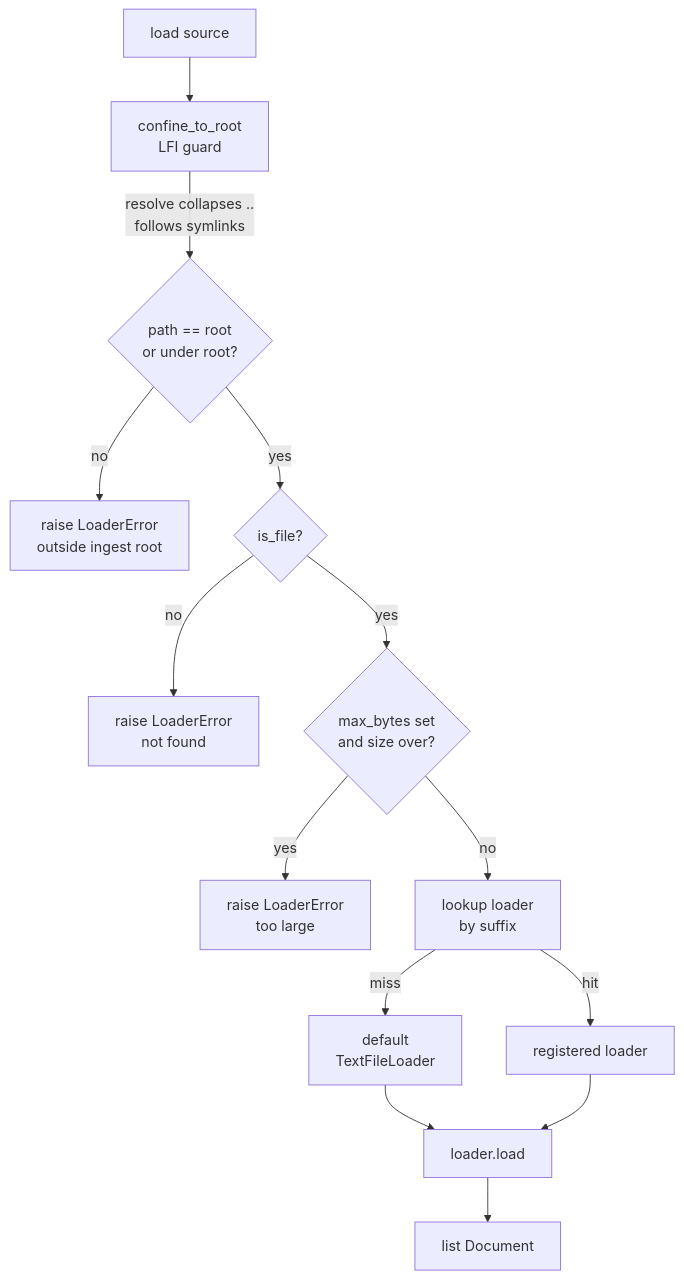
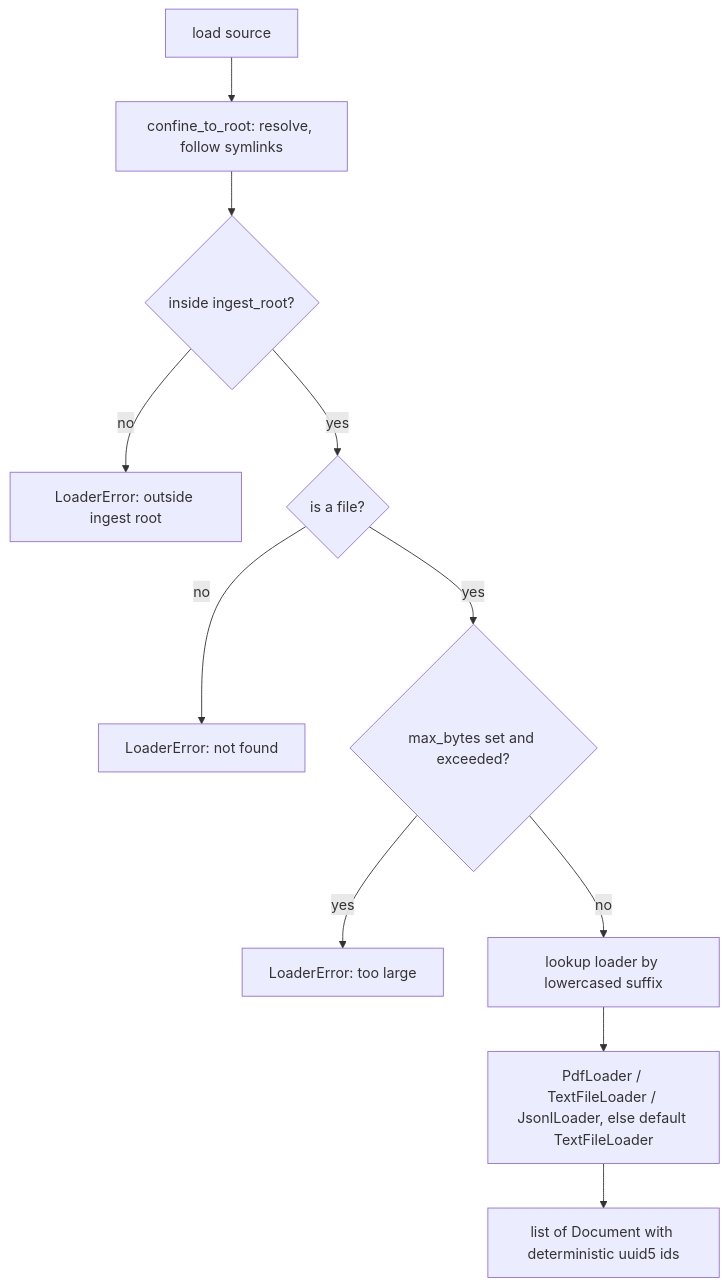
One commit to wilke/ragstack changed the second of 45 diagrams in docs/ARCHITECTURE-DEEP-DIVE.md. Above: the diagram before and after it, drawn with Mermaid. The commit also changed other lines of this file and 2 other files, not shown here.

First line of the commit message:
docs: rewrite the architecture deep-dive against main 22b44be (#631)

````diff
--- a/docs/ARCHITECTURE-DEEP-DIVE.md
+++ b/docs/ARCHITECTURE-DEEP-DIVE.md
@@ -104,16 +162,13 @@
 ```mermaid
 flowchart TD
-    A[load source] --> B[confine_to_root<br/>LFI guard]
-    B -->|resolve collapses ..<br/>follows symlinks| C{path == root<br/>or under root?}
-    C -->|no| E[raise LoaderError<br/>outside ingest root]
-    C -->|yes| D{is_file?}
-    D -->|no| F[raise LoaderError<br/>not found]
-    D -->|yes| G{max_bytes set<br/>and size over?}
-    G -->|yes| H[raise LoaderError<br/>too large]
-    G -->|no| I[lookup loader<br/>by suffix]
-    I -->|miss| J[default<br/>TextFileLoader]
-    I -->|hit| K[registered loader]
-    J --> L[loader.load]
-    K --> L
-    L --> M[list Document]
+    A["load source"] --> B["confine_to_root: resolve, follow symlinks"]
+    B --> C{"inside ingest_root?"}
+    C -- "no" --> E["LoaderError: outside ingest root"]
+    C -- "yes" --> D{"is a file?"}
+    D -- "no" --> F["LoaderError: not found"]
+    D -- "yes" --> G{"max_bytes set and exceeded?"}
+    G -- "yes" --> H["LoaderError: too large"]
+    G -- "no" --> I["lookup loader by lowercased suffix"]
+    I --> J["PdfLoader / TextFileLoader / JsonlLoader, else default TextFileLoader"]
+    J --> K["list of Document with deterministic uuid5 ids"]
 ```
````
